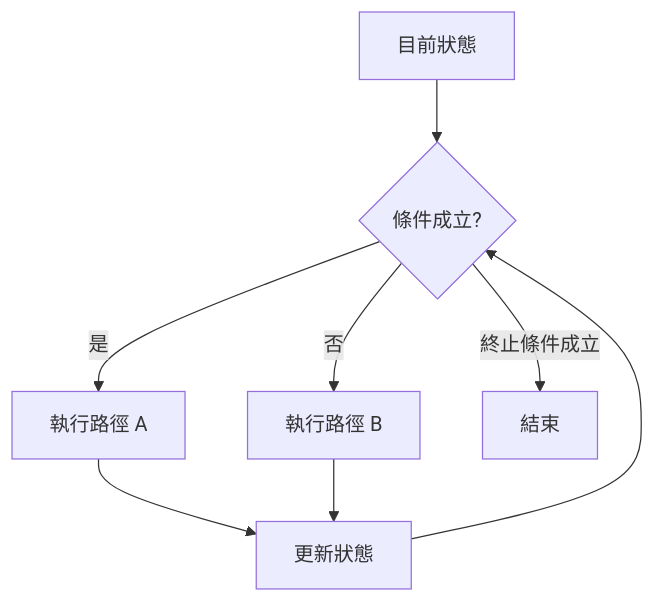
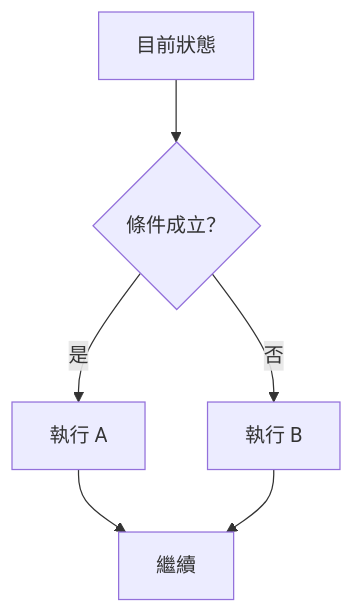
The first of 2 diagrams in materials/preparatory/unit-03-control-flow.zh-TW.md (inred329/summer_pre_course_2026), drawn with Mermaid before and after one commit. The commit also changed other lines of this file and 61 other files, not shown here.

````diff
--- a/materials/preparatory/unit-03-control-flow.zh-TW.md
+++ b/materials/preparatory/unit-03-control-flow.zh-TW.md
@@ -75,10 +58,8 @@
 ```mermaid
 flowchart TD
-    S[目前狀態] --> Q{條件成立?}
-    Q -->|是| A[執行路徑 A]
-    Q -->|否| B[執行路徑 B]
-    A --> U[更新狀態]
-    B --> U
-    U --> Q
-    Q -->|終止條件成立| E[結束]
+    S[目前狀態] --> Q{條件成立？}
+    Q -->|是| A[執行 A]
+    Q -->|否| B[執行 B]
+    A --> E[繼續]
+    B --> E
 ```
````
